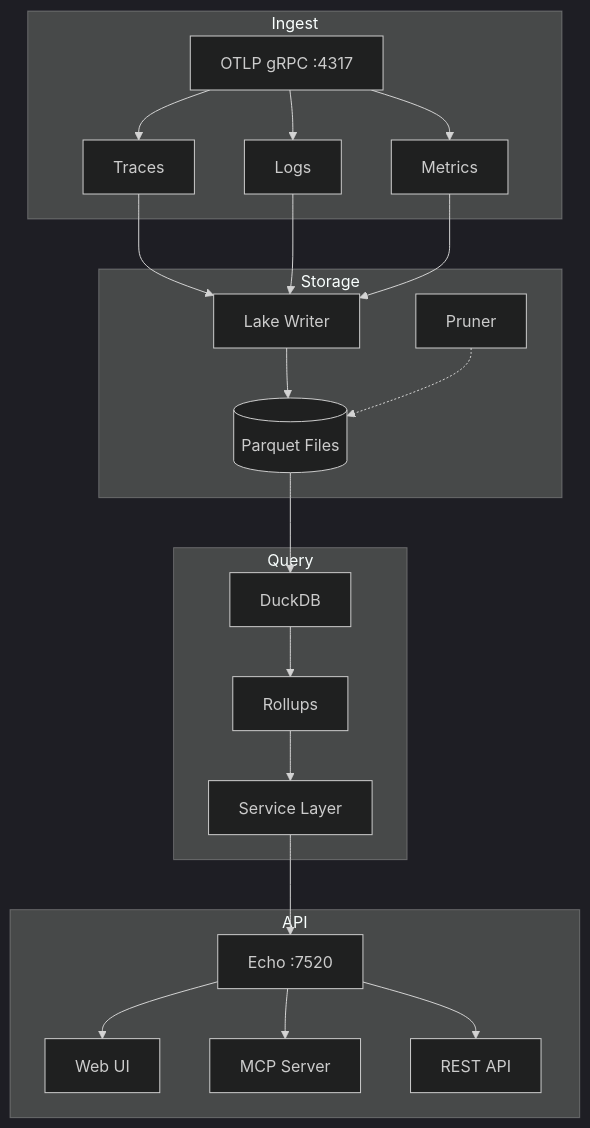
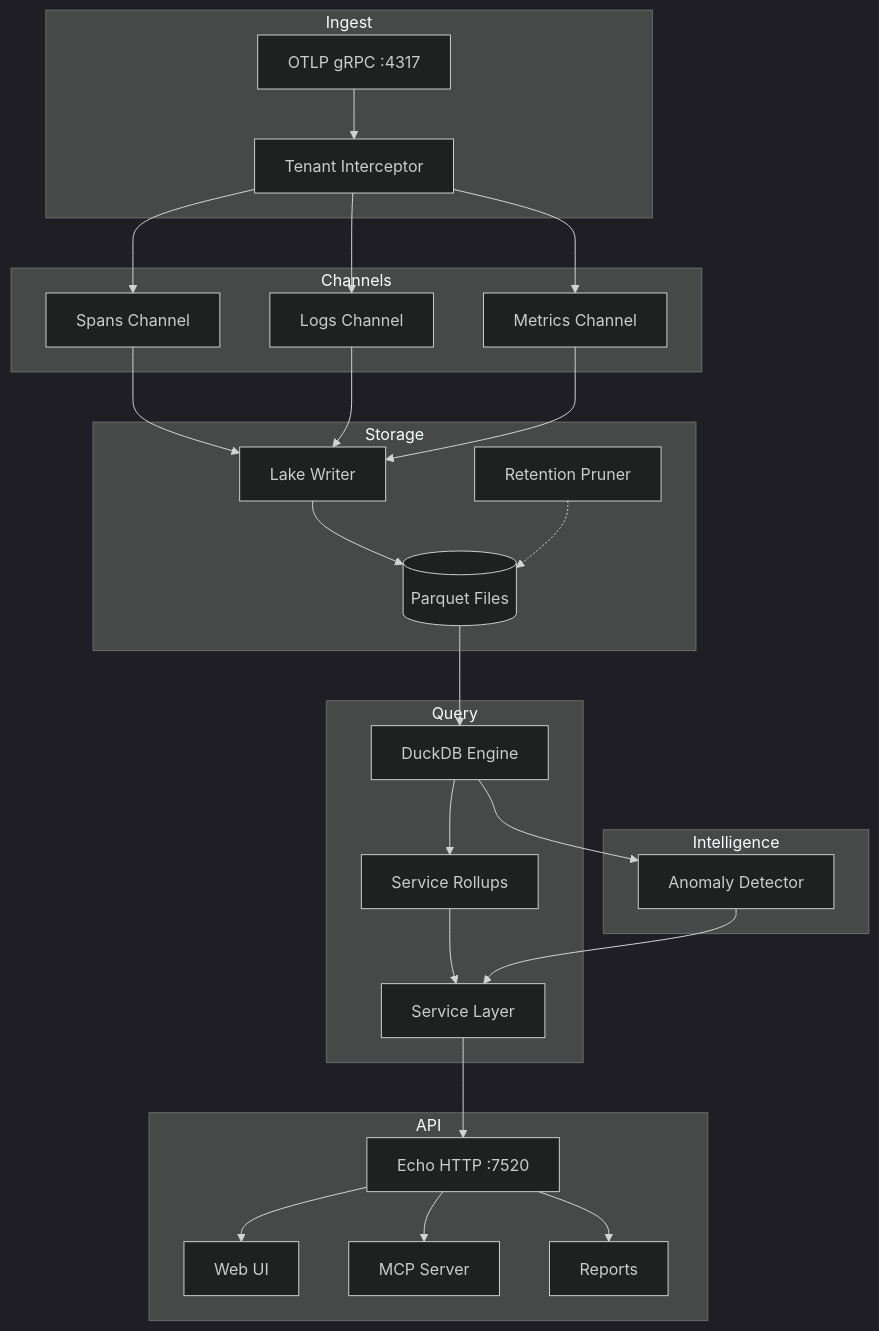
The first of 10 diagrams in ARCHITECTURE.md (labstack/fanout), drawn with Mermaid (dark theme) before and after one commit. The commit also changed other lines of this file, not shown here.

First line of the commit message:
Update architecture docs with complete diagrams

````diff
--- a/ARCHITECTURE.md
+++ b/ARCHITECTURE.md
@@ -7,38 +7,49 @@
 ```mermaid
 graph TB
     subgraph Ingest
         OTLP[OTLP gRPC :4317]
-        T[Traces]
-        L[Logs]
-        M[Metrics]
+        TI[Tenant Interceptor]
+    end
+
+    subgraph Channels
+        CS[Spans Channel]
+        CL[Logs Channel]
+        CM[Metrics Channel]
     end
 
     subgraph Storage
         LW[Lake Writer]
         PQ[(Parquet Files)]
-        PR[Pruner]
+        PR[Retention Pruner]
     end
 
     subgraph Query
-        DK[DuckDB]
-        RL[Rollups]
+        DK[DuckDB Engine]
+        RL[Service Rollups]
         SVC[Service Layer]
     end
 
+    subgraph Intelligence
+        AD[Anomaly Detector]
+    end
+
     subgraph API
-        HTTP[Echo :7520]
+        HTTP[Echo HTTP :7520]
         UI[Web UI]
         MCP[MCP Server]
-        REST[REST API]
+        RPT[Reports]
     end
 
-    OTLP --> T & L & M
-    T & L & M --> LW
+    OTLP --> TI
+    TI --> CS & CL & CM
+    CS & CL & CM --> LW
     LW --> PQ
     PR -.-> PQ
     PQ --> DK
     DK --> RL
+    DK --> AD
     RL --> SVC
+    AD --> SVC
     SVC --> HTTP
-    HTTP --> UI & MCP & REST
+    HTTP --> UI & MCP & RPT
 ```
````
